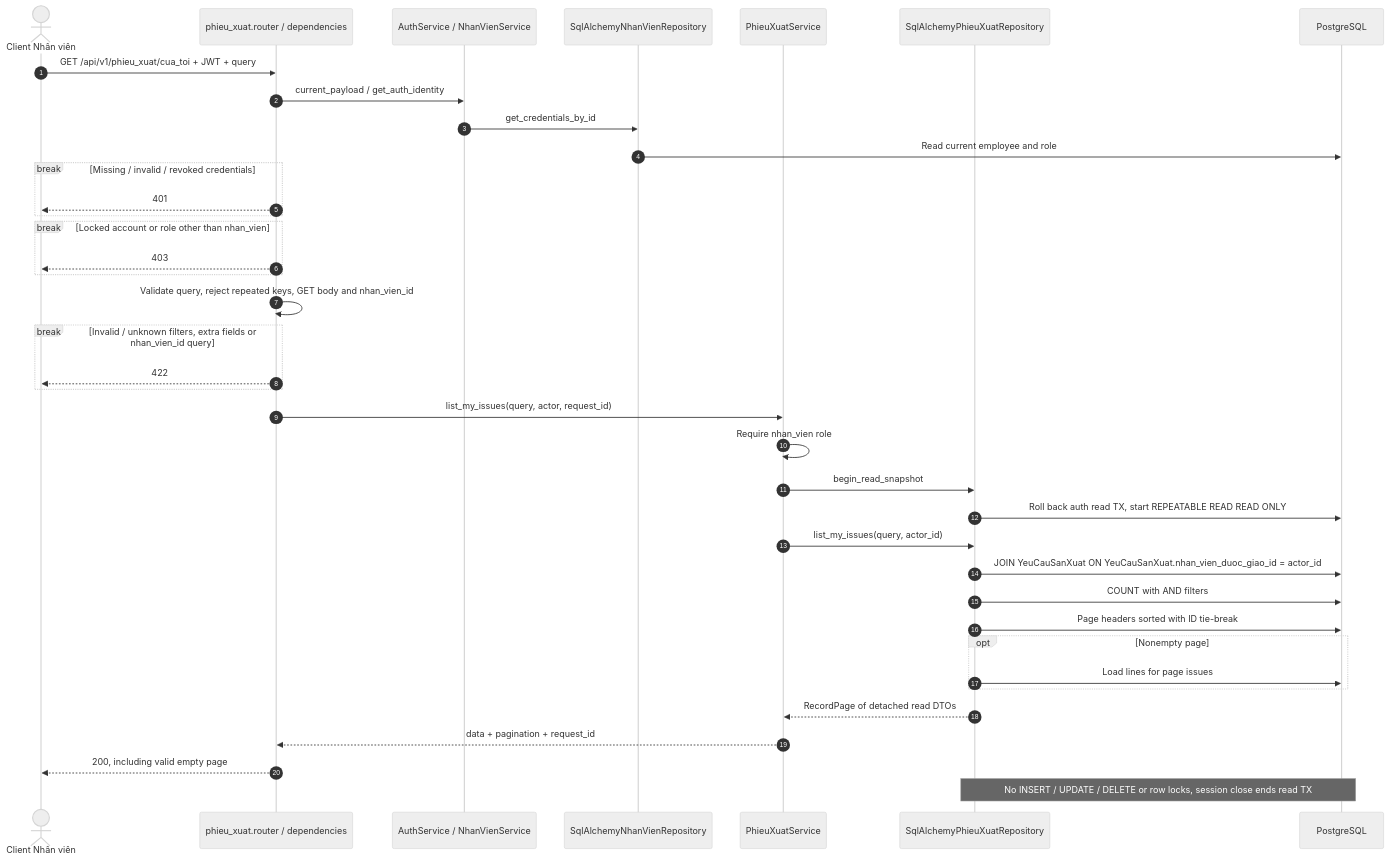
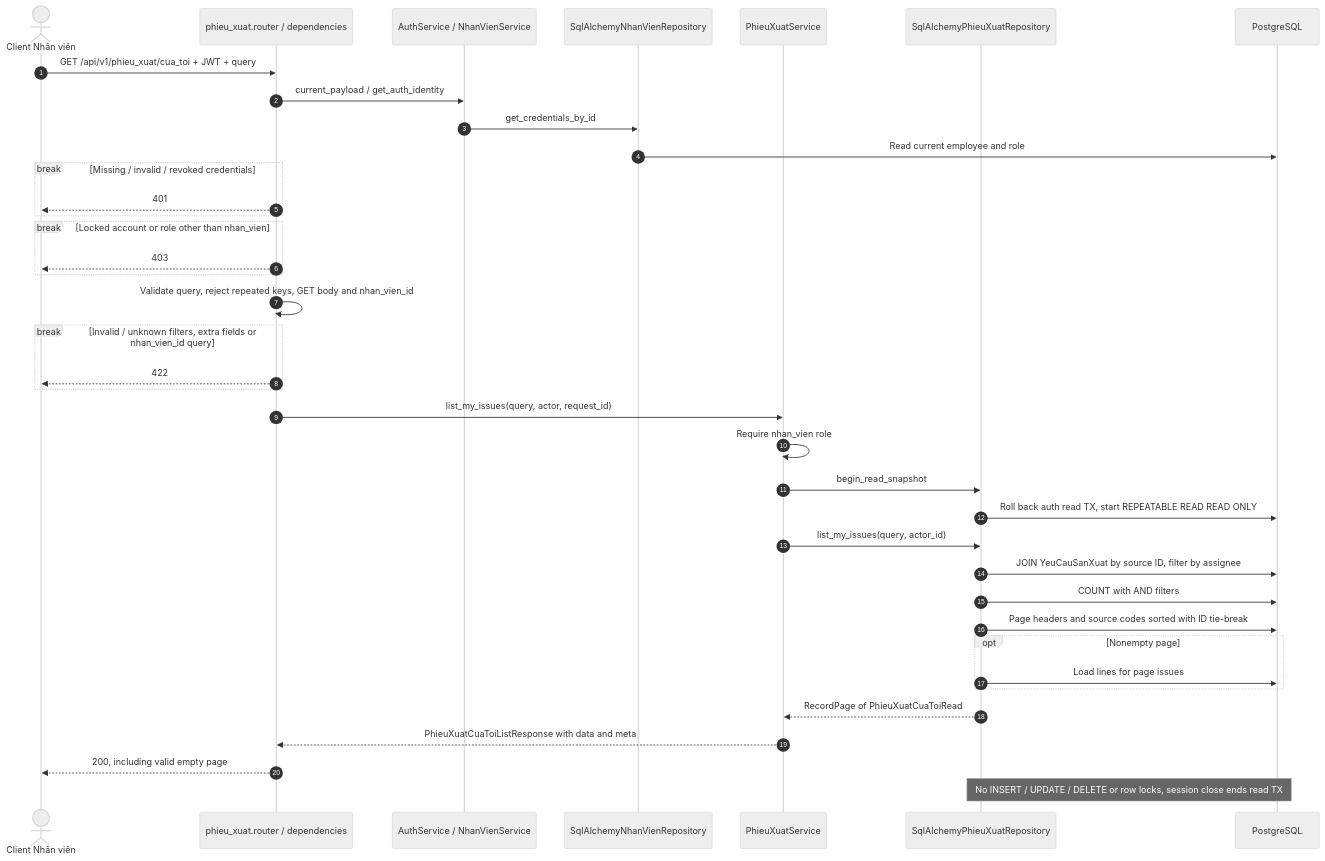
Before and after one commit to thanhklt/xbike-mrp-system: the second of 9 diagrams in docs/sequence/phieu_xuat.md, drawn with Mermaid (neutral theme). The commit also changed other lines of this file and 8 other files, not shown here.

First line of the commit message:
fix(phieu_xuat): giữ ETag phiếu xuất như main và sửa test E2E nhân viên

````diff
--- a/docs/sequence/phieu_xuat.md
+++ b/docs/sequence/phieu_xuat.md
@@ -90,40 +95,40 @@
 ```mermaid
 sequenceDiagram
     autonumber
     actor C as Client Nhân viên
     participant R as phieu_xuat.router / dependencies
     participant A as AuthService / NhanVienService
     participant N as SqlAlchemyNhanVienRepository
     participant S as PhieuXuatService
     participant P as SqlAlchemyPhieuXuatRepository
     participant DB as PostgreSQL
     C->>R: GET /api/v1/phieu_xuat/cua_toi + JWT + query
     R->>A: current_payload / get_auth_identity
     A->>N: get_credentials_by_id
     N->>DB: Read current employee and role
     break Missing / invalid / revoked credentials
         R-->>C: 401
     end
     break Locked account or role other than nhan_vien
         R-->>C: 403
     end
     R->>R: Validate query, reject repeated keys, GET body and nhan_vien_id
     break Invalid / unknown filters, extra fields or nhan_vien_id query
         R-->>C: 422
     end
     R->>S: list_my_issues(query, actor, request_id)
     S->>S: Require nhan_vien role
     S->>P: begin_read_snapshot
     P->>DB: Roll back auth read TX, start REPEATABLE READ READ ONLY
     S->>P: list_my_issues(query, actor_id)
-    P->>DB: JOIN YeuCauSanXuat ON YeuCauSanXuat.nhan_vien_duoc_giao_id = actor_id
+    P->>DB: JOIN YeuCauSanXuat by source ID, filter by assignee
     P->>DB: COUNT with AND filters
-    P->>DB: Page headers sorted with ID tie-break
+    P->>DB: Page headers and source codes sorted with ID tie-break
     opt Nonempty page
         P->>DB: Load lines for page issues
     end
-    P-->>S: RecordPage of detached read DTOs
-    S-->>R: data + pagination + request_id
+    P-->>S: RecordPage of PhieuXuatCuaToiRead
+    S-->>R: PhieuXuatCuaToiListResponse with data and meta
     R-->>C: 200, including valid empty page
     Note over P,DB: No INSERT / UPDATE / DELETE or row locks, session close ends read TX
 ```
````
